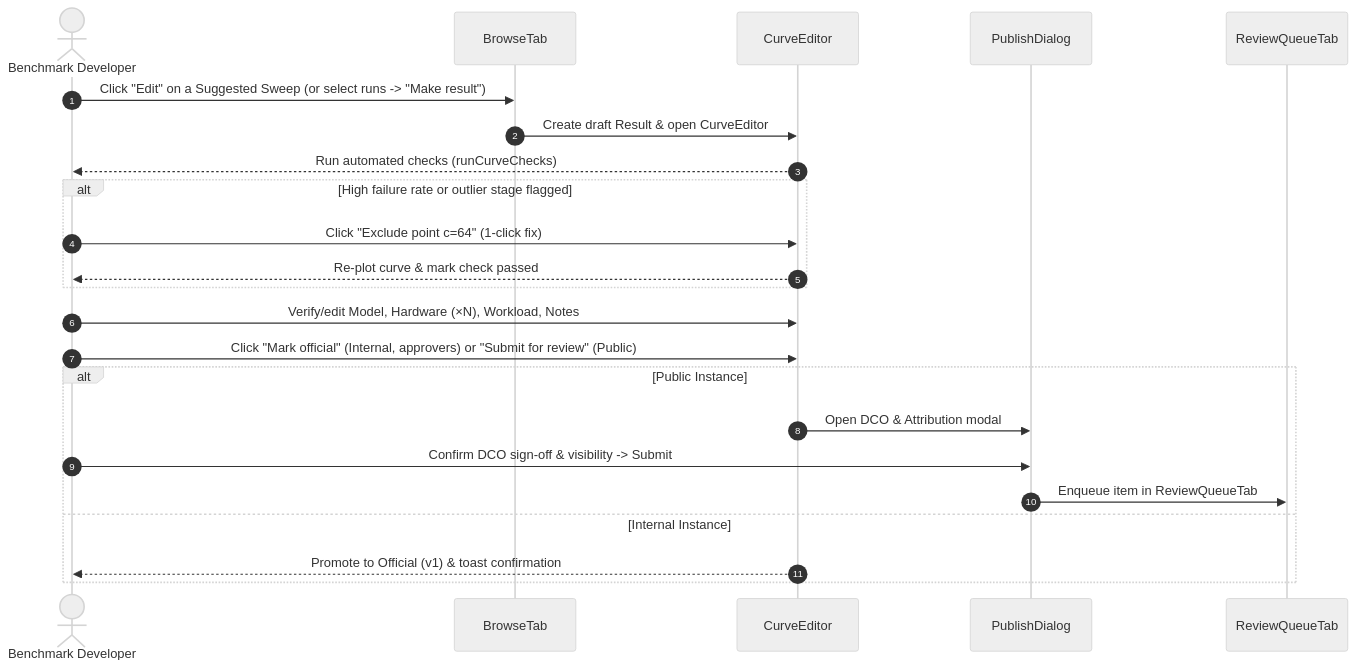
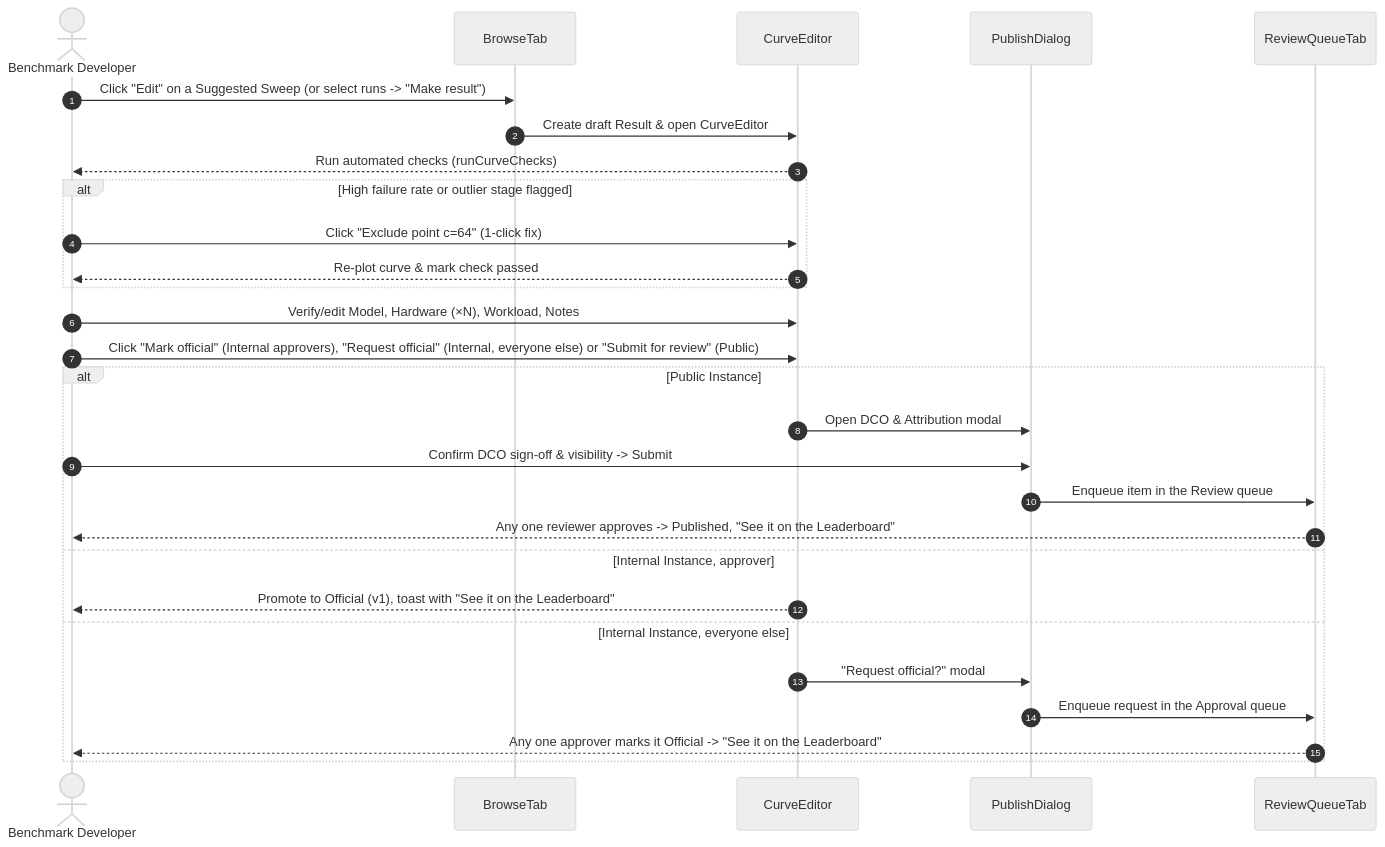
Before and after one commit to Raji14/llm-d-prism: the third of 3 diagrams in specs/changes/results-store-ui/ui_spec.md, drawn with Mermaid (neutral theme). The commit also changed other lines of this file and 28 other files, not shown here.

````diff
--- a/specs/changes/results-store-ui/ui_spec.md
+++ b/specs/changes/results-store-ui/ui_spec.md
@@ -329,26 +335,31 @@
 ```mermaid
 sequenceDiagram
     autonumber
     actor Bench as Benchmark Developer
     participant Browse as BrowseTab
     participant Editor as CurveEditor
     participant Pub as PublishDialog
     participant Queue as ReviewQueueTab
 
     Bench->>Browse: Click "Edit" on a Suggested Sweep (or select runs -> "Make result")
     Browse->>Editor: Create draft Result & open CurveEditor
     Editor-->>Bench: Run automated checks (runCurveChecks)
     alt High failure rate or outlier stage flagged
         Bench->>Editor: Click "Exclude point c=64" (1-click fix)
         Editor-->>Bench: Re-plot curve & mark check passed
     end
     Bench->>Editor: Verify/edit Model, Hardware (×N), Workload, Notes
-    Bench->>Editor: Click "Mark official" (Internal, approvers) or "Submit for review" (Public)
+    Bench->>Editor: Click "Mark official" (Internal approvers), "Request official" (Internal, everyone else) or "Submit for review" (Public)
     alt Public Instance
         Editor->>Pub: Open DCO & Attribution modal
         Bench->>Pub: Confirm DCO sign-off & visibility -> Submit
-        Pub->>Queue: Enqueue item in ReviewQueueTab
-    else Internal Instance
-        Editor-->>Bench: Promote to Official (v1) & toast confirmation
+        Pub->>Queue: Enqueue item in the Review queue
+        Queue-->>Bench: Any one reviewer approves -> Published, "See it on the Leaderboard"
+    else Internal Instance, approver
+        Editor-->>Bench: Promote to Official (v1), toast with "See it on the Leaderboard"
+    else Internal Instance, everyone else
+        Editor->>Pub: "Request official?" modal
+        Pub->>Queue: Enqueue request in the Approval queue
+        Queue-->>Bench: Any one approver marks it Official -> "See it on the Leaderboard"
     end
 ```
````
